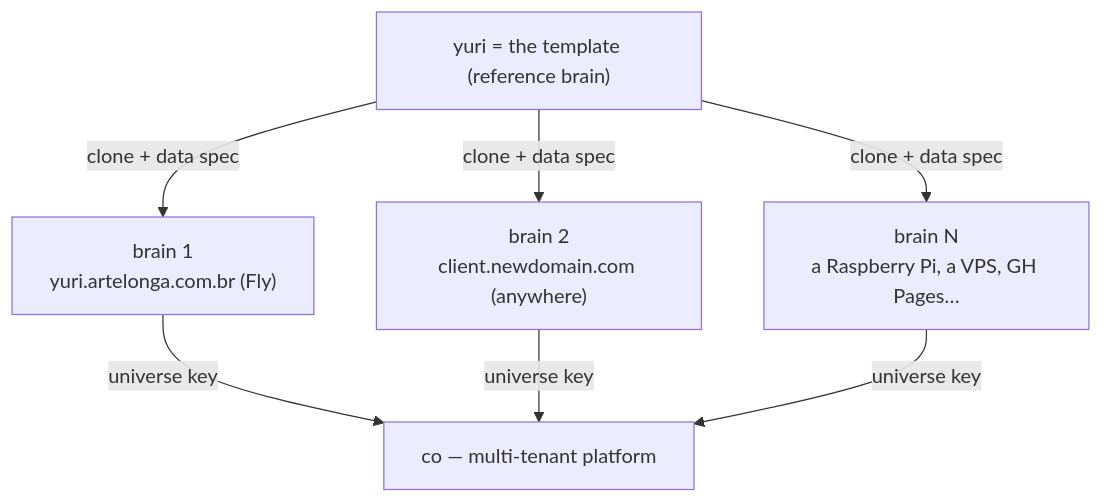
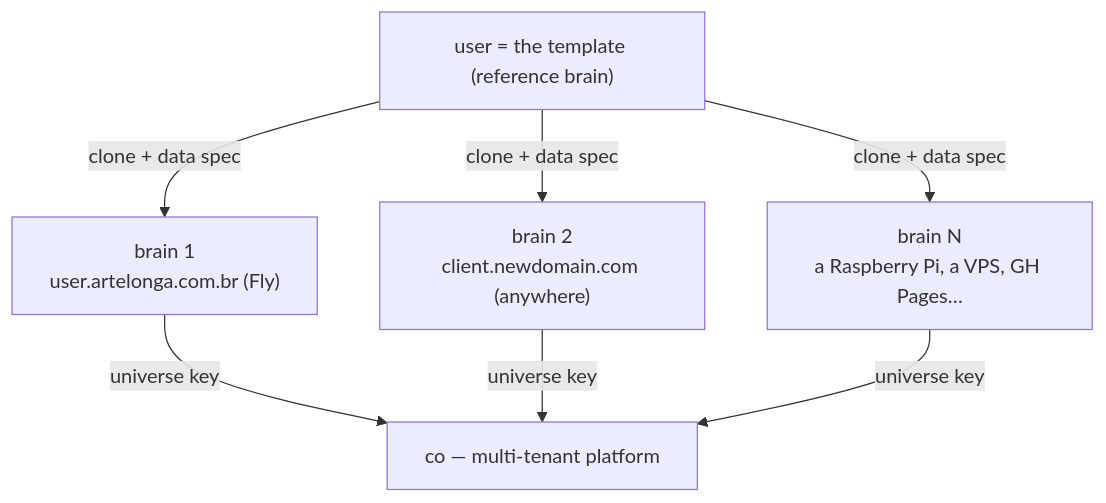
Before and after one commit to artelonga/ArteLonga: the second of 6 diagrams in docs/intelligence-as-a-service.en.md, drawn with Mermaid. The commit also changed other lines of this file and 42 other files, not shown here.

````diff
--- a/docs/intelligence-as-a-service.en.md
+++ b/docs/intelligence-as-a-service.en.md
@@ -93,10 +93,10 @@
 ```mermaid
 flowchart TB
-  TPL["yuri = the template (reference brain)"]
-  TPL -->|"clone + data spec"| B1["brain 1<br/>yuri.artelonga.com.br (Fly)"]
+  TPL["user = the template (reference brain)"]
+  TPL -->|"clone + data spec"| B1["brain 1<br/>user.artelonga.com.br (Fly)"]
   TPL -->|"clone + data spec"| B2["brain 2<br/>client.newdomain.com (anywhere)"]
   TPL -->|"clone + data spec"| B3["brain N<br/>a Raspberry Pi, a VPS, GH Pages…"]
   B1 -->|"universe key"| CO["co — multi-tenant platform"]
   B2 -->|"universe key"| CO
   B3 -->|"universe key"| CO
 ```
````
